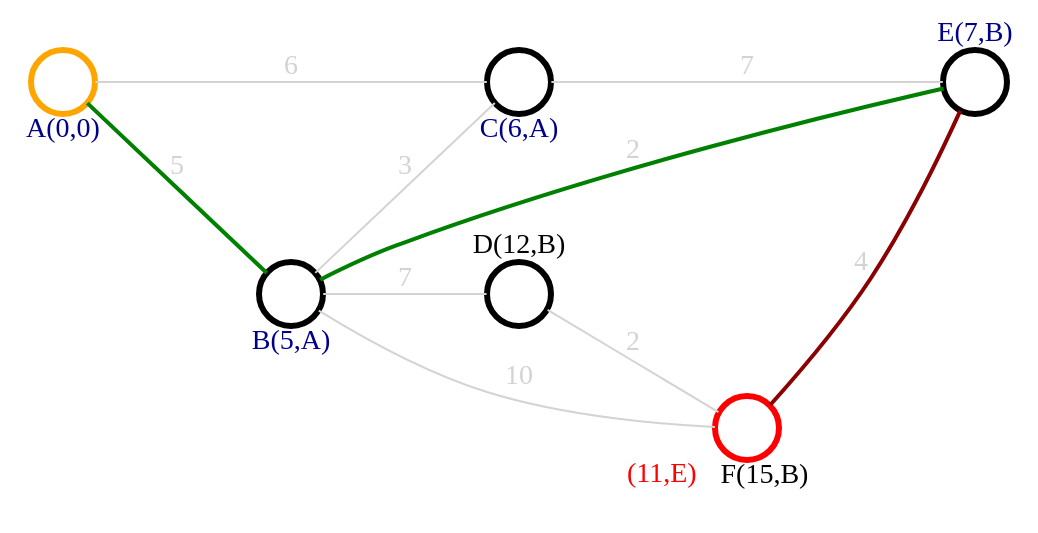
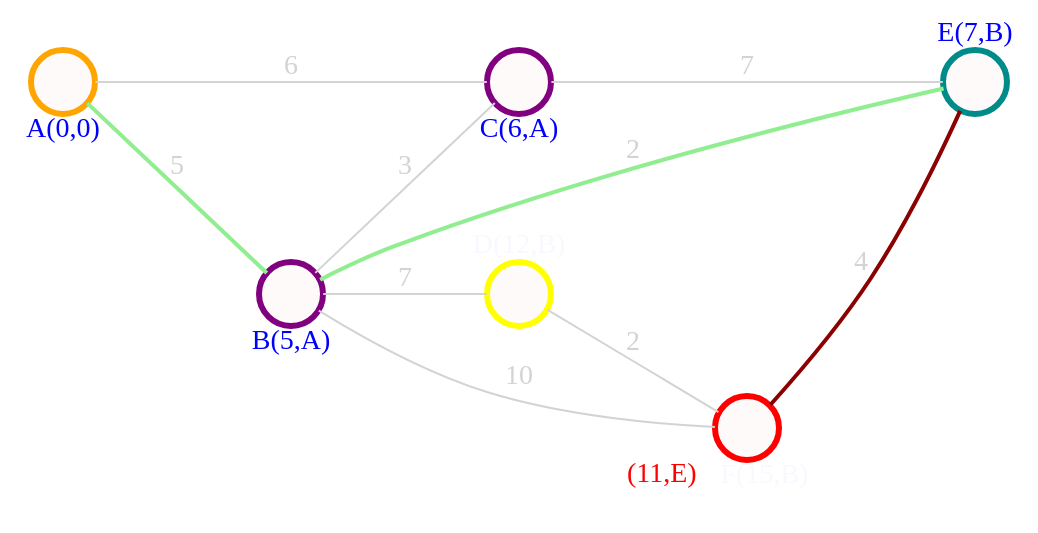
The fifth of 6 diagrams in uni/Discrete math/Graphs/Graphs - shortest path.md (dgudim2/obsidian_vault), drawn with Graphviz before and after one commit. The commit also changed other lines of this file and 7 other files, not shown here.

````diff
--- a/uni/Discrete math/Graphs/Graphs - shortest path.md
+++ b/uni/Discrete math/Graphs/Graphs - shortest path.md
@@ -265,44 +265,44 @@
 ```dot 
 graph neato { 
 
 bgcolor="transparent" 
 
 rankdir="LR"
 
 graph [layout = dot, ranksep=1,nodesep=.5] 
 
 subgraph cluster_space {
 	graph [peripheries=0]
 	
 	node [shape = circle, 
 	      style = filled, 
 	      width=0.45, 
 	      height=0.45, 
-	      color=darkyellow, 
-	      fillcolor=white, 
-	      fontcolor=brightwhite,
+	      color=yellow, 
+	      fillcolor=snow, 
+	      fontcolor=ghostwhite,
 	      fixedsize=true,
 	      penwidth=3] 
 	
-	a [label="\n\n\nA(0,0)",color=orange,fontcolor=darkblue]
-	b [label="\n\n\nB(5,A)",color=darkpurple,fontcolor=darkblue]
-	c [label="\n\n\nC(6,A)",color=darkpurple,fontcolor=darkblue]
+	a [label="\n\n\nA(0,0)",color=orange,fontcolor=blue]
+	b [label="\n\n\nB(5,A)",color=purple,fontcolor=blue]
+	c [label="\n\n\nC(6,A)",color=purple,fontcolor=blue]
 	d [label="D(12,B)\n\n\n\n"]
-	e [label="E(7,B)\n\n\n\n",color=darkaqua,fontcolor=darkblue]
+	e [label="E(7,B)\n\n\n\n",color=darkcyan,fontcolor=blue]
 	f [label="\n\n\n      F(15,B)",color=red,xlabel=<<font color="red">(11,E)</font>>]
 	
 	edge [color=lightgray, fontcolor=lightgray] 
 	
-	a -- b [label="5",weight=5,color=green,penwidth=2]
+	a -- b [label="5",weight=5,color=lightgreen,penwidth=2]
 	a -- c [label="6",weight=6]
-	b -- e [label="2",weight=2,color=green,penwidth=2]
+	b -- e [label="2",weight=2,color=lightgreen,penwidth=2]
 	b -- f [label="10",weight=10]
 	b -- c [label="3",weight=3]
 	b -- d [label="7",weight=7]
 	c -- e [label="7",weight=7]
 	d -- f [label="2",weight=2]
 	f -- e [label="4",weight=4,color=darkred,penwidth=2]
 	
 	}
 } 
 ```
````
